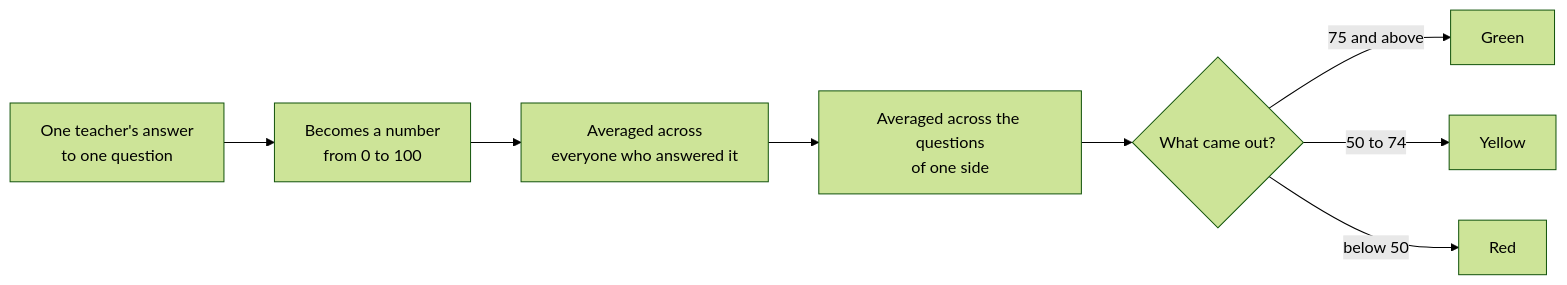
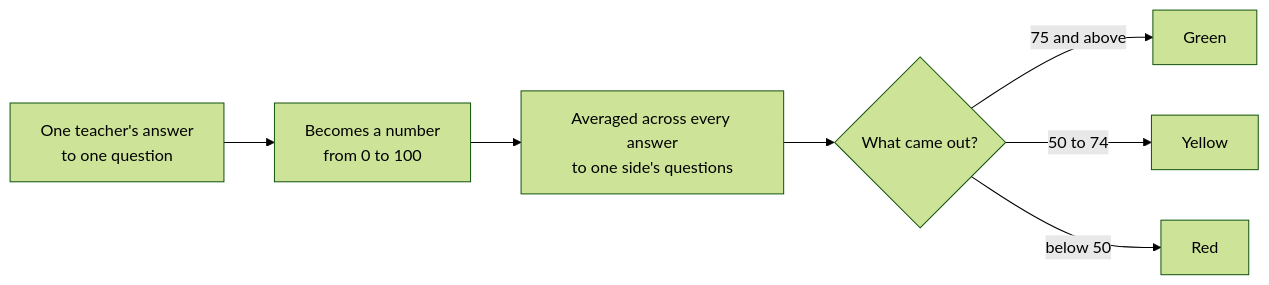
Before and after one commit to shteynu/shalomut-map-demo: the third of 5 diagrams in docs/platform-handbook.md, drawn with Mermaid (forest theme). The commit also changed other lines of this file and 4 other files, not shown here.

````diff
--- a/docs/platform-handbook.md
+++ b/docs/platform-handbook.md
@@ -177,10 +185,9 @@
 ```mermaid
 flowchart LR
     A["One teacher's answer<br/>to one question"] --> B["Becomes a number<br/>from 0 to 100"]
-    B --> C["Averaged across<br/>everyone who answered it"]
-    C --> D["Averaged across the questions<br/>of one side"]
+    B --> D["Averaged across every answer<br/>to one side's questions"]
     D --> E{"What came out?"}
     E -->|75 and above| G["Green"]
     E -->|50 to 74| Y["Yellow"]
     E -->|below 50| R["Red"]
 ```
````
